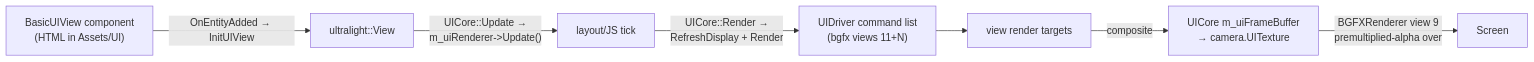
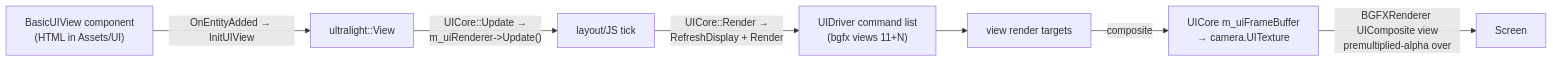
Before and after one commit to wobbier/MitchEngine: the diagram in Docs/UI-Ultralight-and-ImGui.md, drawn with Mermaid. The commit also changed other lines of this file and 6 other files, not shown here.

````diff
--- a/Docs/UI-Ultralight-and-ImGui.md
+++ b/Docs/UI-Ultralight-and-ImGui.md
@@ -27,9 +27,9 @@
 ```mermaid
 flowchart LR
     B["BasicUIView component<br/>(HTML in Assets/UI)"] -->|OnEntityAdded → InitUIView| V["ultralight::View"]
     V -->|"UICore::Update →<br/>m_uiRenderer->Update()"| L["layout/JS tick"]
     L -->|"UICore::Render →<br/>RefreshDisplay + Render"| D["UIDriver command list<br/>(bgfx views 11+N)"]
     D --> RT["view render targets"]
     RT -->|composite| FB["UICore m_uiFrameBuffer<br/>→ camera.UITexture"]
-    FB -->|"BGFXRenderer view 9<br/>premultiplied-alpha over"| Screen
+    FB -->|"BGFXRenderer UIComposite view<br/>premultiplied-alpha over"| Screen
 ```
````
